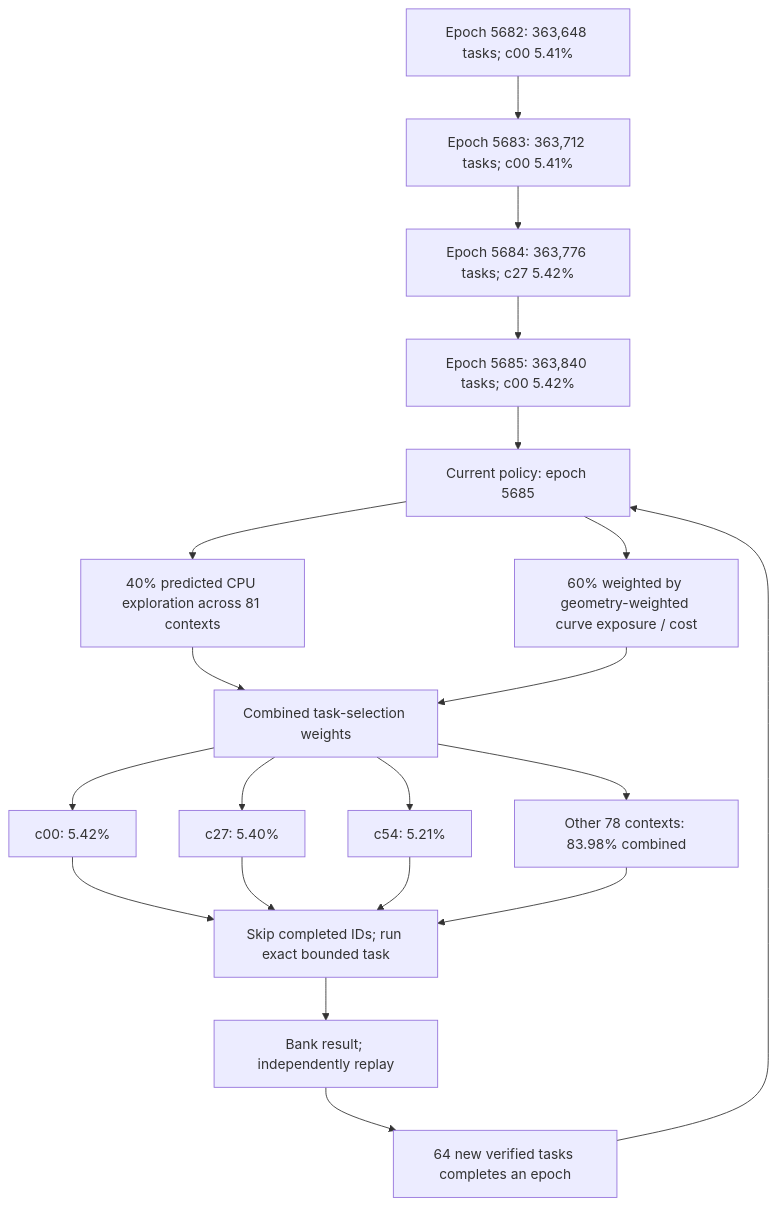
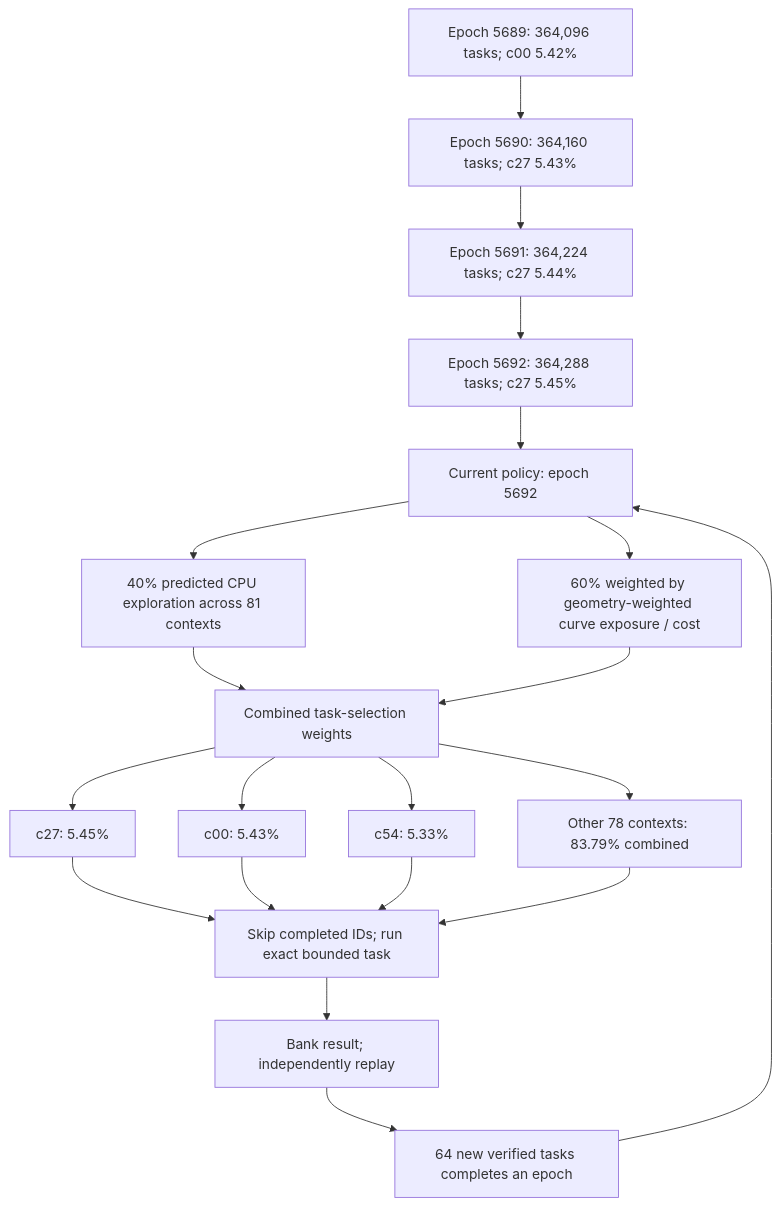
Before and after one commit to Kuberwastaken/math-gambling: the first of 3 diagrams in README.md, drawn with Mermaid. The commit also changed other lines of this file and 1281 other files, not shown here.

````diff
--- a/README.md
+++ b/README.md
@@ -60,27 +60,27 @@
 ```mermaid
 flowchart TD
-    H0["Epoch 5682: 363,648 tasks; c00 5.41%"]
-    H1["Epoch 5683: 363,712 tasks; c00 5.41%"]
+    H0["Epoch 5689: 364,096 tasks; c00 5.42%"]
+    H1["Epoch 5690: 364,160 tasks; c27 5.43%"]
     H0 --> H1
-    H2["Epoch 5684: 363,776 tasks; c27 5.42%"]
+    H2["Epoch 5691: 364,224 tasks; c27 5.44%"]
     H1 --> H2
-    H3["Epoch 5685: 363,840 tasks; c00 5.42%"]
+    H3["Epoch 5692: 364,288 tasks; c27 5.45%"]
     H2 --> H3
-    Policy["Current policy: epoch 5685"]
+    Policy["Current policy: epoch 5692"]
     H3 --> Policy
     Policy --> Explore["40% predicted CPU exploration across 81 contexts"]
     Policy --> Cost["60% weighted by geometry-weighted curve exposure / cost"]
     Explore --> Mix["Combined task-selection weights"]
     Cost --> Mix
-    Mix --> C0["c00: 5.42%"]
-    Mix --> C1["c27: 5.40%"]
-    Mix --> C2["c54: 5.21%"]
-    Mix --> Rest["Other 78 contexts: 83.98% combined"]
+    Mix --> C0["c27: 5.45%"]
+    Mix --> C1["c00: 5.43%"]
+    Mix --> C2["c54: 5.33%"]
+    Mix --> Rest["Other 78 contexts: 83.79% combined"]
     C0 --> Check["Skip completed IDs; run exact bounded task"]
     C1 --> Check
     C2 --> Check
     Rest --> Check
     Check --> Replay["Bank result; independently replay"]
     Replay --> Gate["64 new verified tasks completes an epoch"]
     Gate --> Policy
 ```
````
